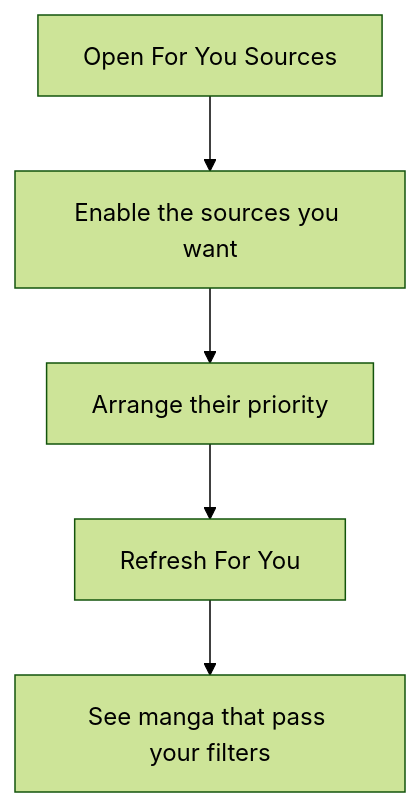
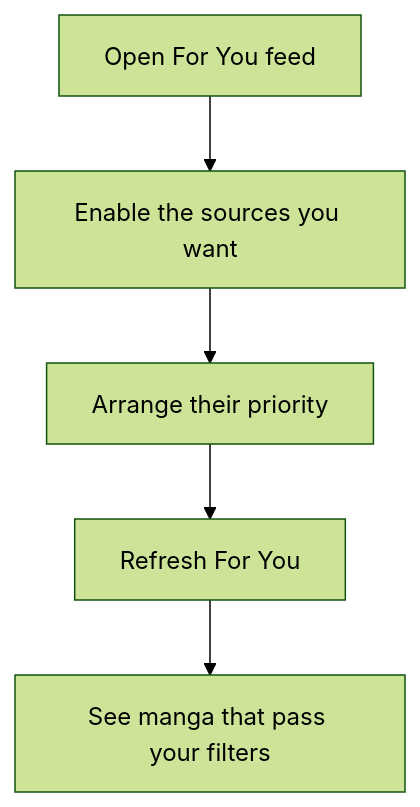
The third of 4 diagrams in docs/kmk/feature-guides/sources.md (FancyCorey/komikku-fc), drawn with Mermaid (forest theme) before and after one commit. The commit also changed other lines of this file and 22 other files, not shown here.

````diff
--- a/docs/kmk/feature-guides/sources.md
+++ b/docs/kmk/feature-guides/sources.md
@@ -52,7 +52,7 @@
 ```mermaid
 flowchart TD
-    Sources["Open For You Sources"] --> Enabled["Enable the sources you want"]
+    Sources["Open For You feed"] --> Enabled["Enable the sources you want"]
     Enabled --> Order["Arrange their priority"]
     Order --> Refresh["Refresh For You"]
     Refresh --> Results["See manga that pass your filters"]
 ```
````
